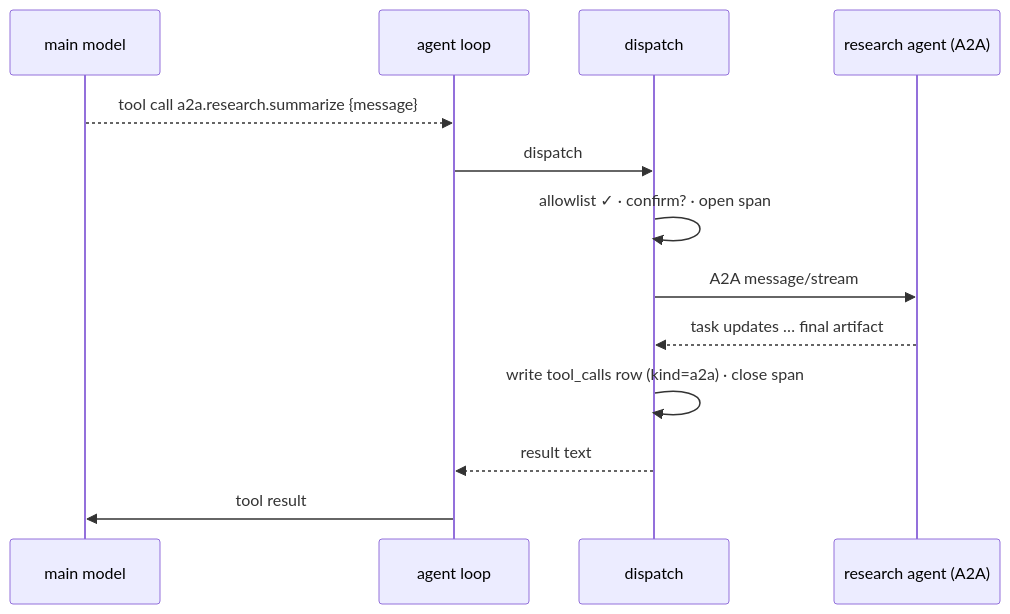
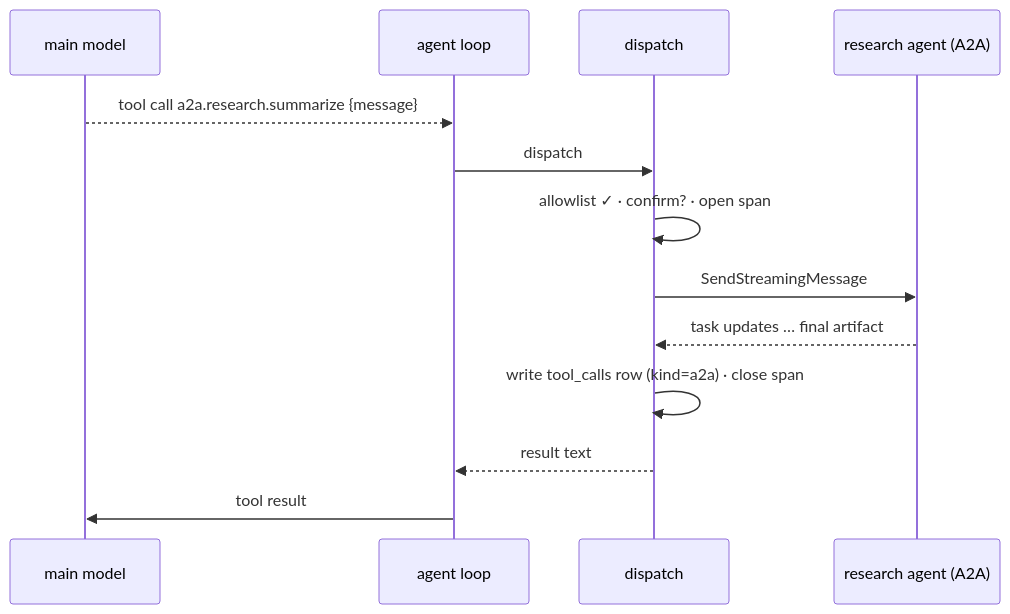
One commit to aarora79/meru changed the fifth of 5 diagrams in ARCHITECTURE.md. Above: the diagram before and after it, drawn with Mermaid. The commit also changed other lines of this file and 11 other files, not shown here.

````diff
--- a/ARCHITECTURE.md
+++ b/ARCHITECTURE.md
@@ -1186,16 +1315,16 @@
 ```mermaid
 sequenceDiagram
     participant M as main model
     participant L as agent loop
     participant D as dispatch
     participant A as research agent (A2A)
 
     M-->>L: tool call a2a.research.summarize {message}
     L->>D: dispatch
     D->>D: allowlist ✓ · confirm? · open span
-    D->>A: A2A message/stream
+    D->>A: SendStreamingMessage
     A-->>D: task updates … final artifact
     D->>D: write tool_calls row (kind=a2a) · close span
     D-->>L: result text
     L->>M: tool result
 ```
````
